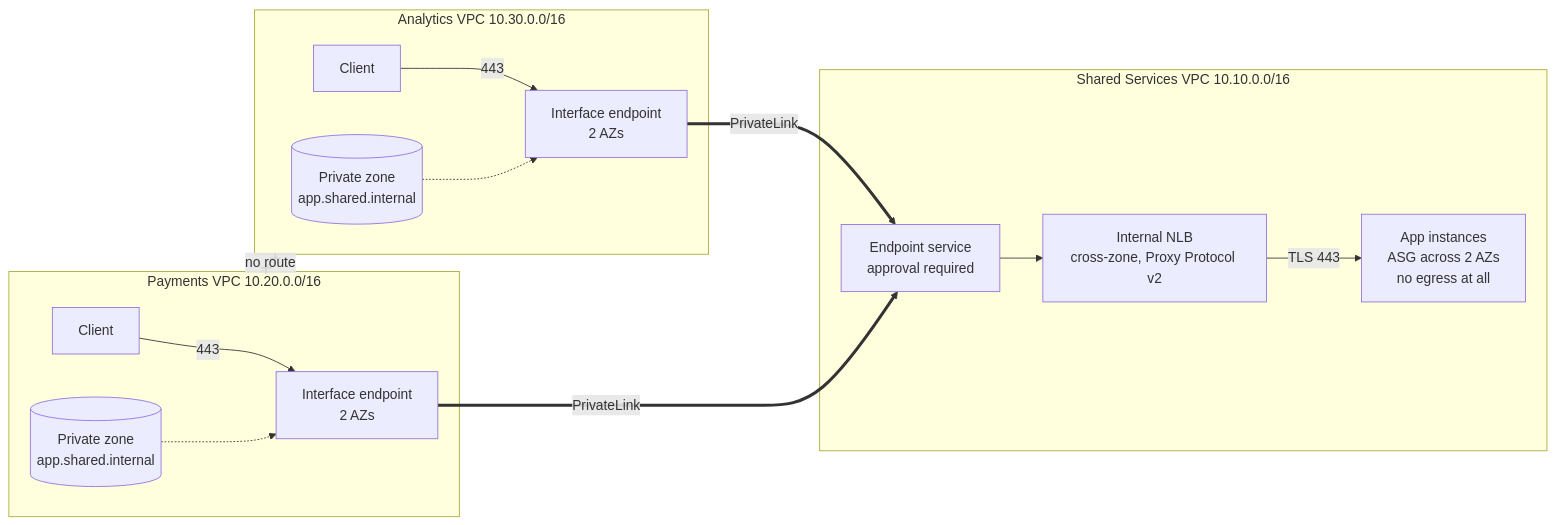
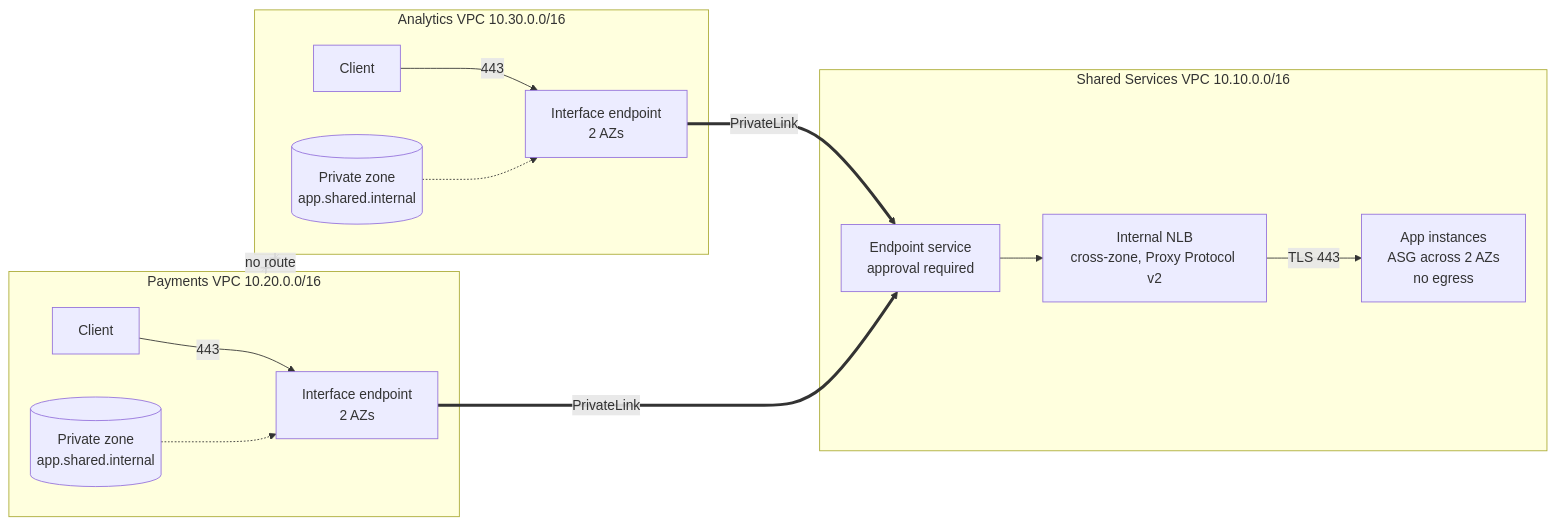
Before and after one commit to MoYusuf1/aws-privatelink-multi-vpc-terraform: the diagram in README.md, drawn with Mermaid. The commit also changed other lines of this file, not shown here.

````diff
--- a/README.md
+++ b/README.md
@@ -31,21 +19,21 @@
 ```mermaid
 flowchart LR
   subgraph PAY["Payments VPC 10.20.0.0/16"]
     PC[Client] -->|443| PE[Interface endpoint<br/>2 AZs]
     PZ[(Private zone<br/>app.shared.internal)] -.-> PE
   end
 
   subgraph ANA["Analytics VPC 10.30.0.0/16"]
     AC[Client] -->|443| AE[Interface endpoint<br/>2 AZs]
     AZ[(Private zone<br/>app.shared.internal)] -.-> AE
   end
 
   subgraph SS["Shared Services VPC 10.10.0.0/16"]
     ES[Endpoint service<br/>approval required] --> NLB[Internal NLB<br/>cross-zone, Proxy Protocol v2]
-    NLB -->|TLS 443| ASG[App instances<br/>ASG across 2 AZs<br/>no egress at all]
+    NLB -->|TLS 443| ASG[App instances<br/>ASG across 2 AZs<br/>no egress]
   end
 
   PE ==>|PrivateLink| ES
   AE ==>|PrivateLink| ES
   PAY x--x|no route| ANA
 ```
````
